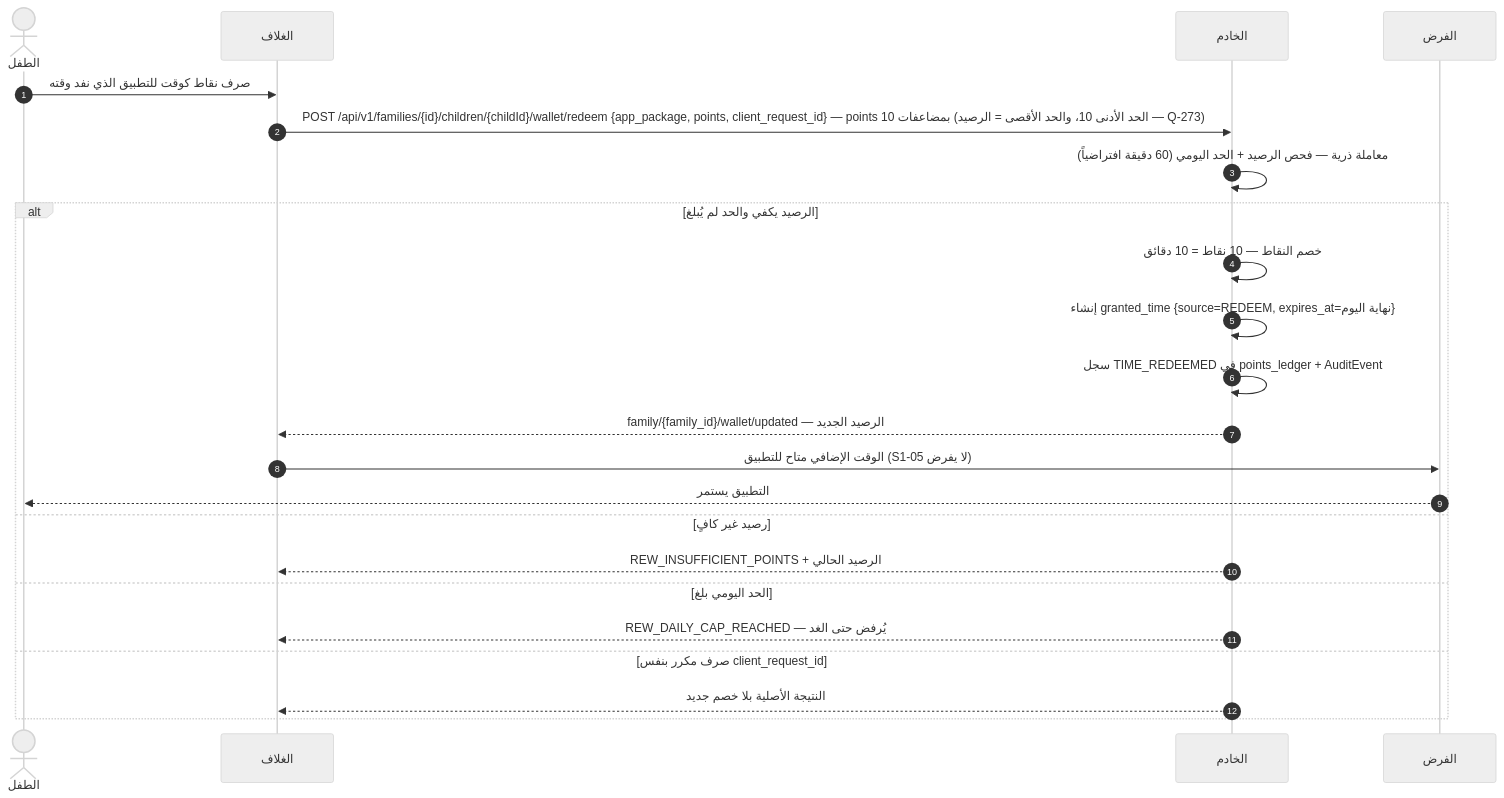
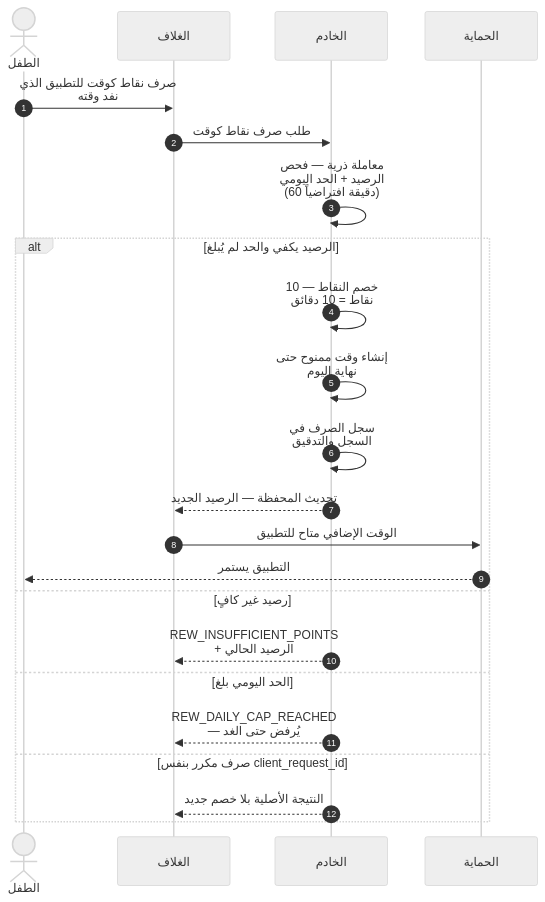
One commit to Bassam-mohammed-alqaeadi/family-os-v2 changed the seventh of 26 diagrams in docs/family-os/governance/phases/phase-1/S1-05-rewards-children/DIAGRAMS.md. Above: the diagram before and after it, drawn with Mermaid (neutral theme). The commit also changed other lines of this file, not shown here.

Commit message:
دفعة الشكل 2 — S1-05: التفاف التسلسلات + تقصير الرسائل + تقسيم حالات الاستخدام وDFD والنشاط (مخالفات 100 ← 0، فوق الحد 12 ← 0)

````diff
--- a/docs/family-os/governance/phases/phase-1/S1-05-rewards-children/DIAGRAMS.md
+++ b/docs/family-os/governance/phases/phase-1/S1-05-rewards-children/DIAGRAMS.md
@@ -305,25 +342,26 @@
 ```mermaid
+%%{init: {"sequence": {"wrap": true}}}%%
 sequenceDiagram
     autonumber
     actor Child as الطفل
     participant Shell as الغلاف
     participant Ktor as الخادم
-    participant S110 as الفرض
+    participant S110 as الحماية
     Child->>Shell: صرف نقاط كوقت للتطبيق الذي نفد وقته
-    Shell->>Ktor: POST /api/v1/families/{id}/children/{childId}/wallet/redeem {app_package, points, client_request_id} — points بمضاعفات 10 (الحد الأدنى 10، والحد الأقصى = الرصيد — Q-273)
+    Shell->>Ktor: طلب صرف نقاط كوقت
     Ktor->>Ktor: معاملة ذرية — فحص الرصيد + الحد اليومي (60 دقيقة افتراضياً)
     alt الرصيد يكفي والحد لم يُبلغ
         Ktor->>Ktor: خصم النقاط — 10 نقاط = 10 دقائق
-        Ktor->>Ktor: إنشاء granted_time {source=REDEEM, expires_at=نهاية اليوم}
-        Ktor->>Ktor: سجل TIME_REDEEMED في points_ledger + AuditEvent
-        Ktor-->>Shell: family/{family_id}/wallet/updated — الرصيد الجديد
-        Shell->>S110: الوقت الإضافي متاح للتطبيق (S1-05 لا يفرض)
+        Ktor->>Ktor: إنشاء وقت ممنوح حتى نهاية اليوم
+        Ktor->>Ktor: سجل الصرف في السجل والتدقيق
+        Ktor-->>Shell: تحديث المحفظة — الرصيد الجديد
+        Shell->>S110: الوقت الإضافي متاح للتطبيق
         S110-->>Child: التطبيق يستمر
     else رصيد غير كافٍ
         Ktor-->>Shell: REW_INSUFFICIENT_POINTS + الرصيد الحالي
     else الحد اليومي بلغ
         Ktor-->>Shell: REW_DAILY_CAP_REACHED — يُرفض حتى الغد
     else صرف مكرر بنفس client_request_id
         Ktor-->>Shell: النتيجة الأصلية بلا خصم جديد
     end
 ```
````
